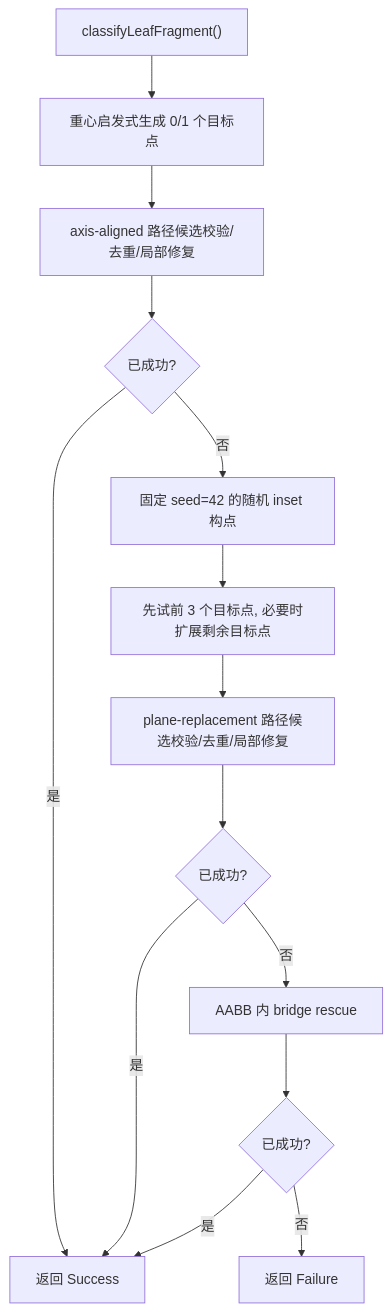
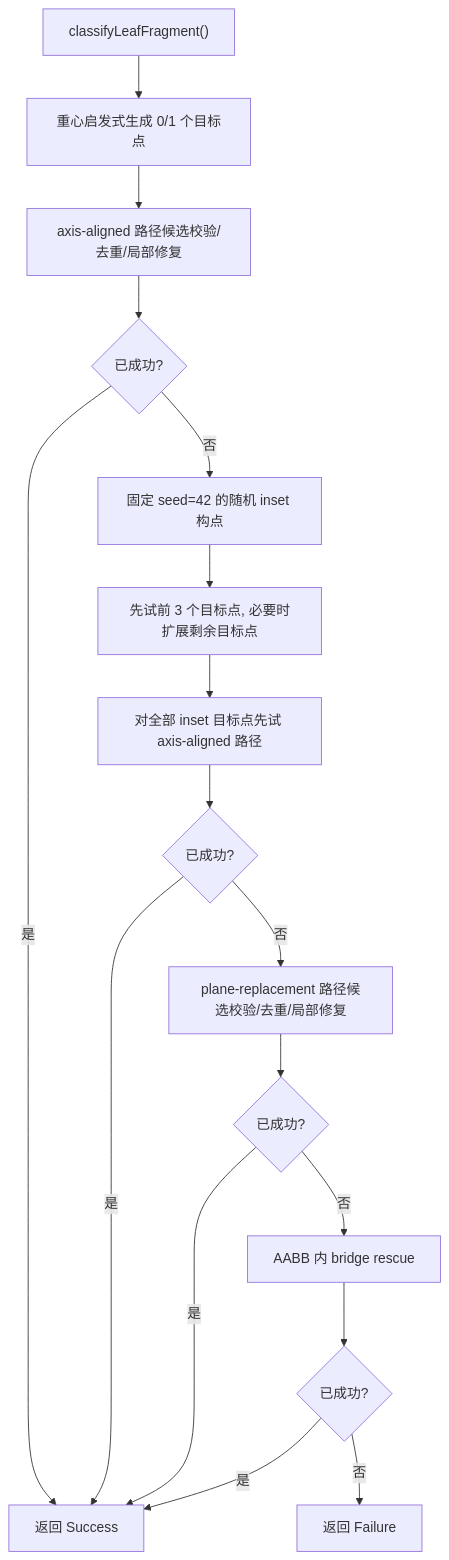
Diagram 12 of 13 in docs/core-logic-flow.md (SDU-YueQiu/re-EMBER), drawn with Mermaid before and after one commit. The commit also changed other lines of this file and 4 other files, not shown here.

````diff
--- a/docs/core-logic-flow.md
+++ b/docs/core-logic-flow.md
@@ -400,16 +400,19 @@
 ```mermaid
 flowchart TD
     A["classifyLeafFragment()"] --> B["重心启发式生成 0/1 个目标点"]
     B --> C["axis-aligned 路径候选校验/去重/局部修复"]
     C --> D{"已成功?"}
     D -->|是| E["返回 Success"]
     D -->|否| F["固定 seed=42 的随机 inset 构点"]
     F --> G["先试前 3 个目标点, 必要时扩展剩余目标点"]
-    G --> H["plane-replacement 路径候选校验/去重/局部修复"]
+    G --> H["对全部 inset 目标点先试 axis-aligned 路径"]
     H --> I{"已成功?"}
     I -->|是| E
-    I -->|否| J["AABB 内 bridge rescue"]
+    I -->|否| J["plane-replacement 路径候选校验/去重/局部修复"]
     J --> K{"已成功?"}
     K -->|是| E
-    K -->|否| L["返回 Failure"]
+    K -->|否| M["AABB 内 bridge rescue"]
+    M --> N{"已成功?"}
+    N -->|是| E
+    N -->|否| L["返回 Failure"]
 ```
````
